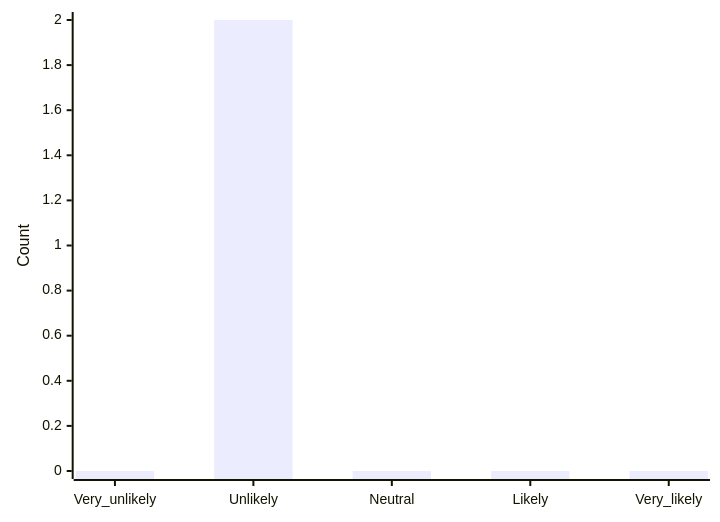
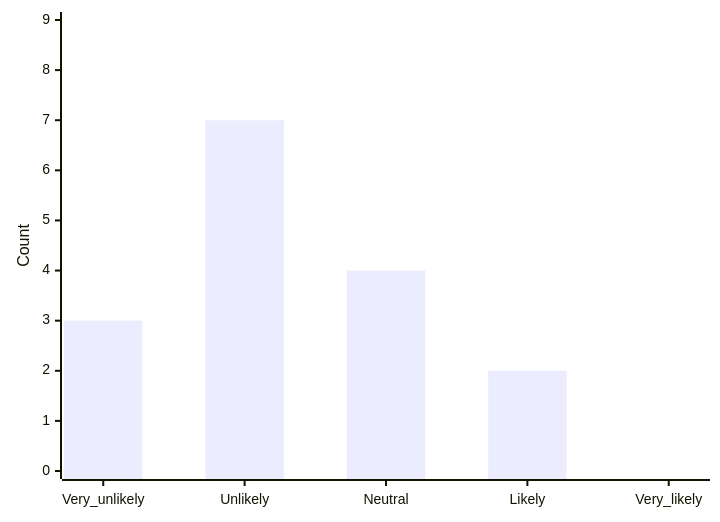
One commit to S4-Smart-mobile/S4-Smart-Mobile changed diagram 14 of 17 in documentation/interviews-surveys/mood-mental-health-survey-V2.md. Above: the diagram before and after it, drawn with Mermaid. The commit also changed other lines of this file, not shown here.

````diff
--- a/documentation/interviews-surveys/mood-mental-health-survey-V2.md
+++ b/documentation/interviews-surveys/mood-mental-health-survey-V2.md
@@ -193,6 +255,6 @@
 ```mermaid
 xychart-beta
     x-axis [Very_unlikely, Unlikely, Neutral, Likely, Very_likely]
-    y-axis "Count"
-    bar [0, 2, 0 ,0 ,0]
+    y-axis "Count" 0 --> 9
+    bar [3, 7, 4 ,2 ]
 ```
````
